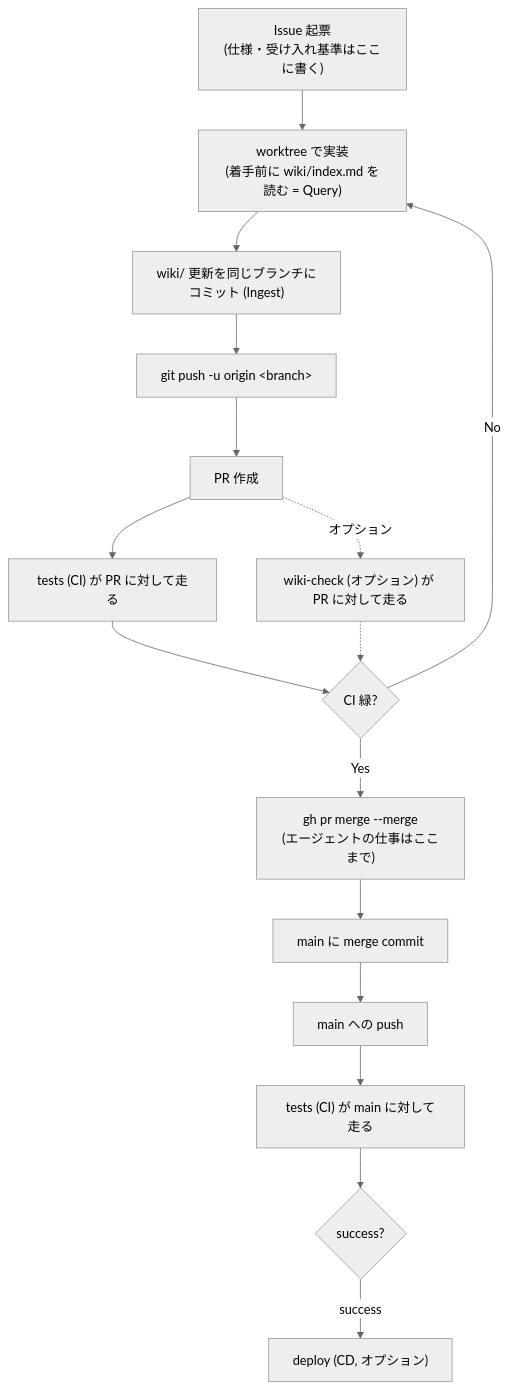
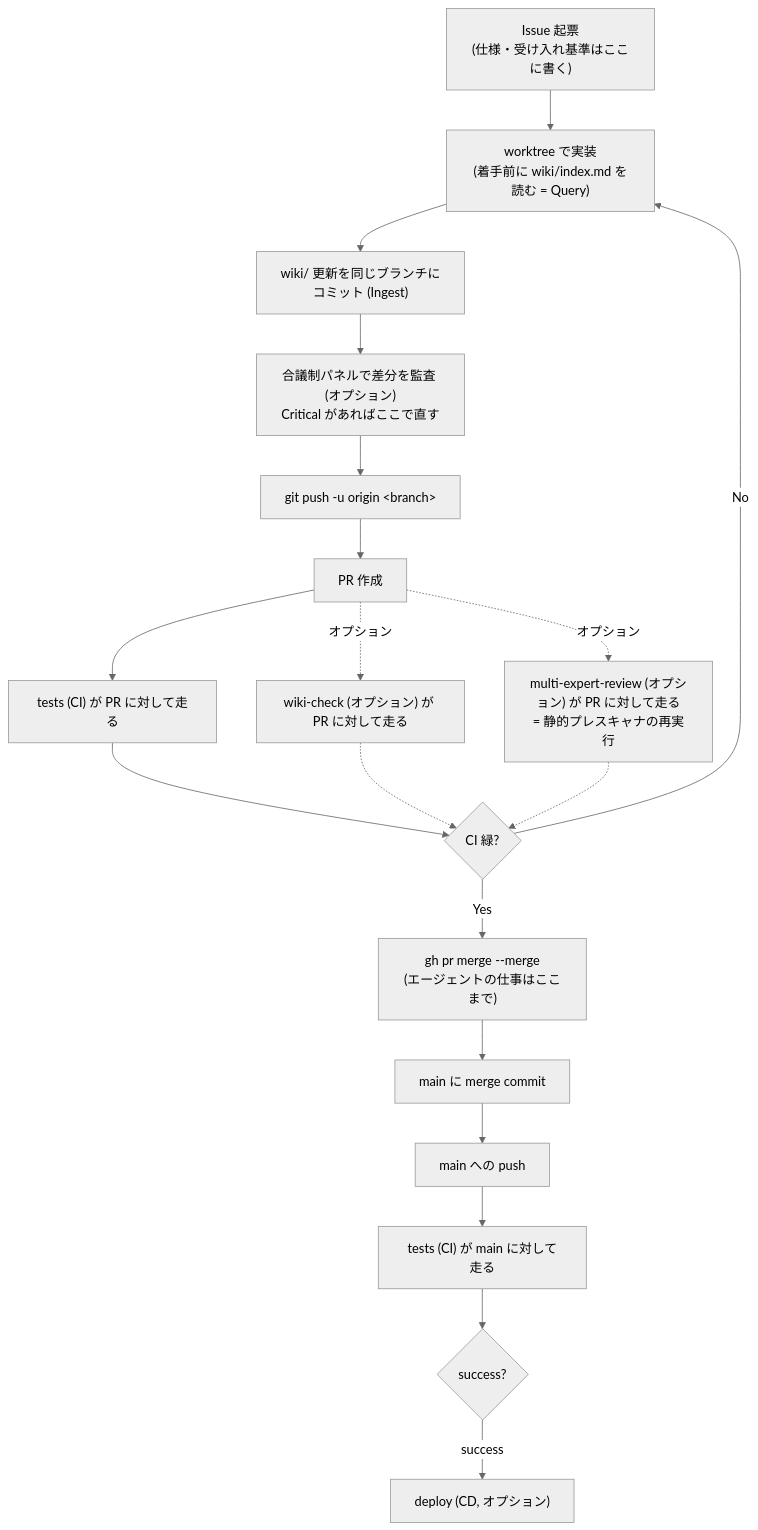
One commit to kant0123/ai-coding-template-mod-gemini-review changed the diagram in docs/development_workflow.md. Above: the diagram before and after it, drawn with Mermaid (neutral theme). The commit also changed other lines of this file and 21 other files, not shown here.

````diff
--- a/docs/development_workflow.md
+++ b/docs/development_workflow.md
@@ -21,26 +21,30 @@
 ```mermaid
 flowchart TD
     issue["Issue 起票<br/>(仕様・受け入れ基準はここに書く)"]
     worktree["worktree で実装<br/>(着手前に wiki/index.md を読む = Query)"]
     wikiUpdate["wiki/ 更新を同じブランチにコミット (Ingest)"]
+    panel["合議制パネルで差分を監査 (オプション)<br/>Critical があればここで直す"]
     push["git push -u origin &lt;branch&gt;"]
     pr["PR 作成"]
     prTests["tests (CI) が PR に対して走る"]
     wikiCheck["wiki-check (オプション) が PR に対して走る"]
+    reviewCI["multi-expert-review (オプション) が PR に対して走る<br/>= 静的プレスキャナの再実行"]
     gate{"CI 緑?"}
     merge["gh pr merge --merge<br/>(エージェントの仕事はここまで)"]
     mainCommit["main に merge commit"]
     mainPush["main への push"]
     mainTests["tests (CI) が main に対して走る"]
     deploySuccess{"success?"}
     deploy["deploy (CD, オプション)"]
 
-    issue --> worktree --> wikiUpdate --> push --> pr
+    issue --> worktree --> wikiUpdate --> panel --> push --> pr
     pr --> prTests
     pr -.オプション.-> wikiCheck
+    pr -.オプション.-> reviewCI
     prTests --> gate
     wikiCheck -.-> gate
+    reviewCI -.-> gate
     gate -->|Yes| merge --> mainCommit --> mainPush --> mainTests --> deploySuccess
     deploySuccess -->|success| deploy
     gate -->|No| worktree
 ```
````
